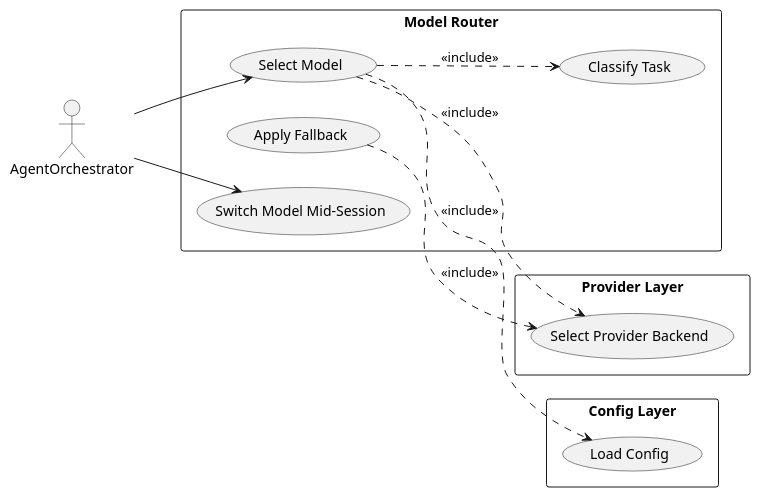
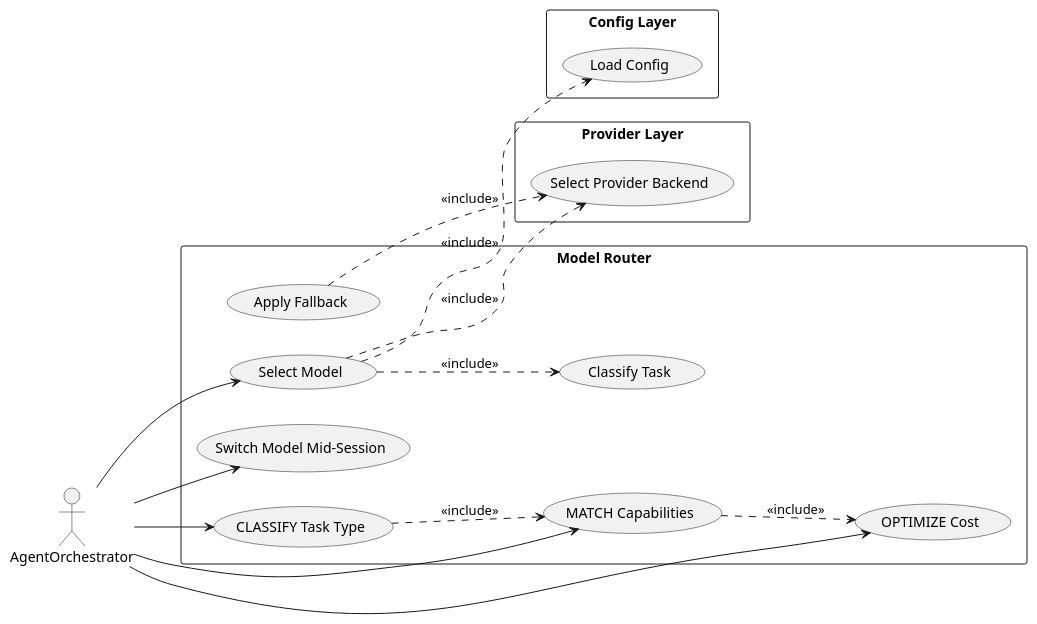
The diagram in docs/UC/uc_router.puml (salimnamvar/nasim), drawn with PlantUML before and after one commit. The commit also changed 52 other files, not shown here.

First line of the commit message:
docs: Add new use cases and diagrams for evaluation, repo intelligence, and wire log management

```diff
--- a/docs/UC/uc_router.puml
+++ b/docs/UC/uc_router.puml
@@ -1,39 +1,47 @@
 @startuml uc_router
 ' ============================================================
 ' Title:     nasim — UC: Model Router
 ' Boundary:  nasim code agent CLI + HTTP API
 ' Purpose:   Model selection, fallback, and routing strategies
 ' Milestone: v1.0
 ' Version:   3.0.0
 ' Source:    docs/audit/nasim-car-improvement-plan.md IMP-04
 ' Review:    —
 ' ============================================================
 
 left to right direction
 skinparam packageStyle rectangle
 
 actor "AgentOrchestrator" as agent
 
 rectangle "Model Router" {
     usecase "Select Model" as UC_RTG_01
     usecase "Apply Fallback" as UC_RTG_02
     usecase "Classify Task" as UC_RTG_03
     usecase "Switch Model Mid-Session" as UC_RTG_04
+    usecase "CLASSIFY Task Type" as UC_RTG_05
+    usecase "MATCH Capabilities" as UC_RTG_06
+    usecase "OPTIMIZE Cost" as UC_RTG_07
 }
 
 rectangle "Provider Layer" {
     usecase "Select Provider Backend" as UC_PRV_04
 }
 
 rectangle "Config Layer" {
     usecase "Load Config" as UC_CFG_01
 }
 
 agent --> UC_RTG_01
 agent --> UC_RTG_04
+agent --> UC_RTG_05
+agent --> UC_RTG_06
+agent --> UC_RTG_07
 UC_RTG_01 ..> UC_RTG_03 : <<include>>
 UC_RTG_01 ..> UC_PRV_04 : <<include>>
 UC_RTG_02 ..> UC_PRV_04 : <<include>>
 UC_RTG_01 ..> UC_CFG_01 : <<include>>
+UC_RTG_05 ..> UC_RTG_06 : <<include>>
+UC_RTG_06 ..> UC_RTG_07 : <<include>>
 
 @enduml
```
